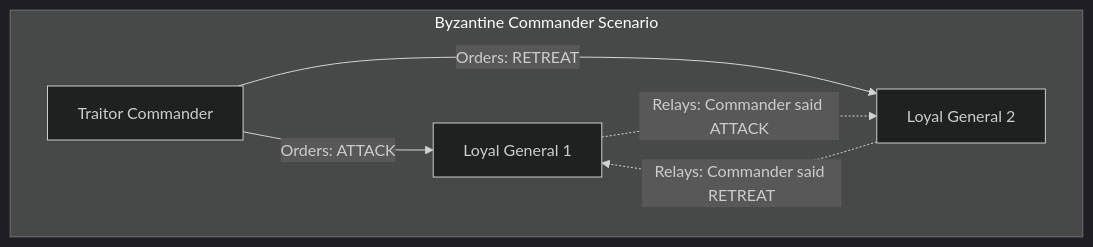
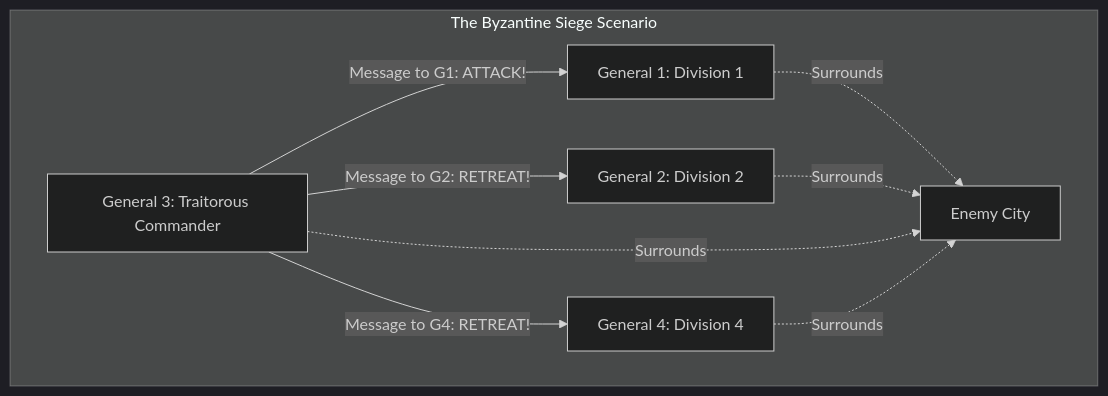
One commit to ub-society/modules changed the first of 5 diagrams in docs/learn/fundamentals/03-consensus-and-game-theory/01-byzantine-generals-problem.md. Above: the diagram before and after it, drawn with Mermaid (dark theme). The commit also changed other lines of this file and 3 other files, not shown here.

````diff
--- a/docs/learn/fundamentals/03-consensus-and-game-theory/01-byzantine-generals-problem.md
+++ b/docs/learn/fundamentals/03-consensus-and-game-theory/01-byzantine-generals-problem.md
@@ -16,9 +19,14 @@
 ```mermaid
 flowchart TD
-    subgraph Byzantine Commander Scenario
-        C[Traitor Commander] -->|Orders: ATTACK| G1[Loyal General 1]
-        C -->|Orders: RETREAT| G2[Loyal General 2]
-        G1 -.->|Relays: Commander said ATTACK| G2
-        G2 -.->|Relays: Commander said RETREAT| G1
+    subgraph The Byzantine Siege Scenario
+        City[Enemy City]
+        G1[General 1: Division 1] -.->|Surrounds| City
+        G2[General 2: Division 2] -.->|Surrounds| City
+        G3[General 3: Traitorous Commander] -.->|Surrounds| City
+        G4[General 4: Division 4] -.->|Surrounds| City
+
+        G3 -->|Message to G1: ATTACK!| G1
+        G3 -->|Message to G2: RETREAT!| G2
+        G3 -->|Message to G4: RETREAT!| G4
     end
 ```
````
